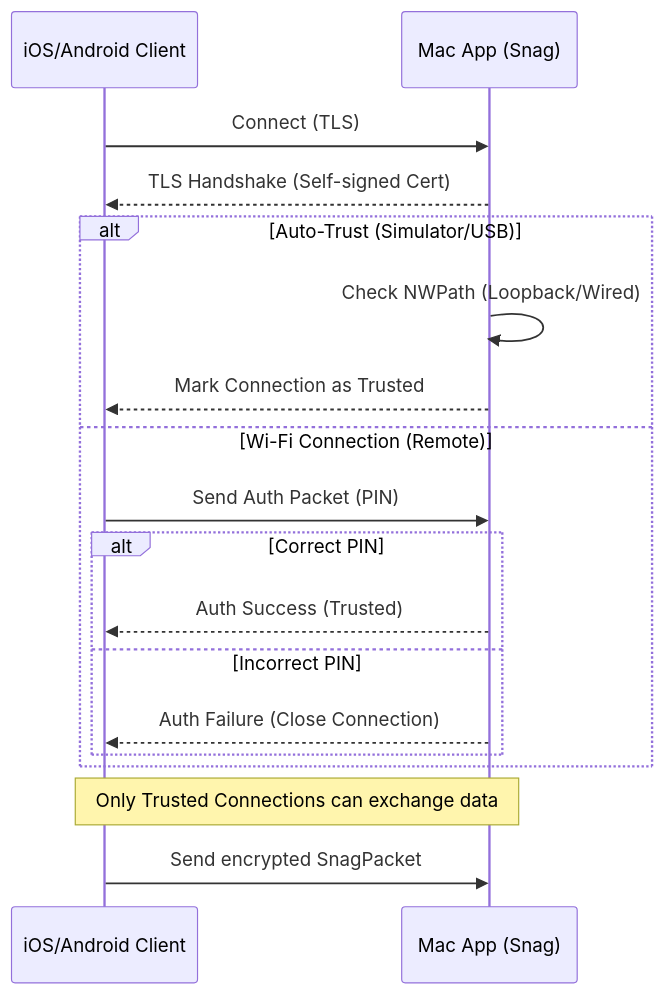
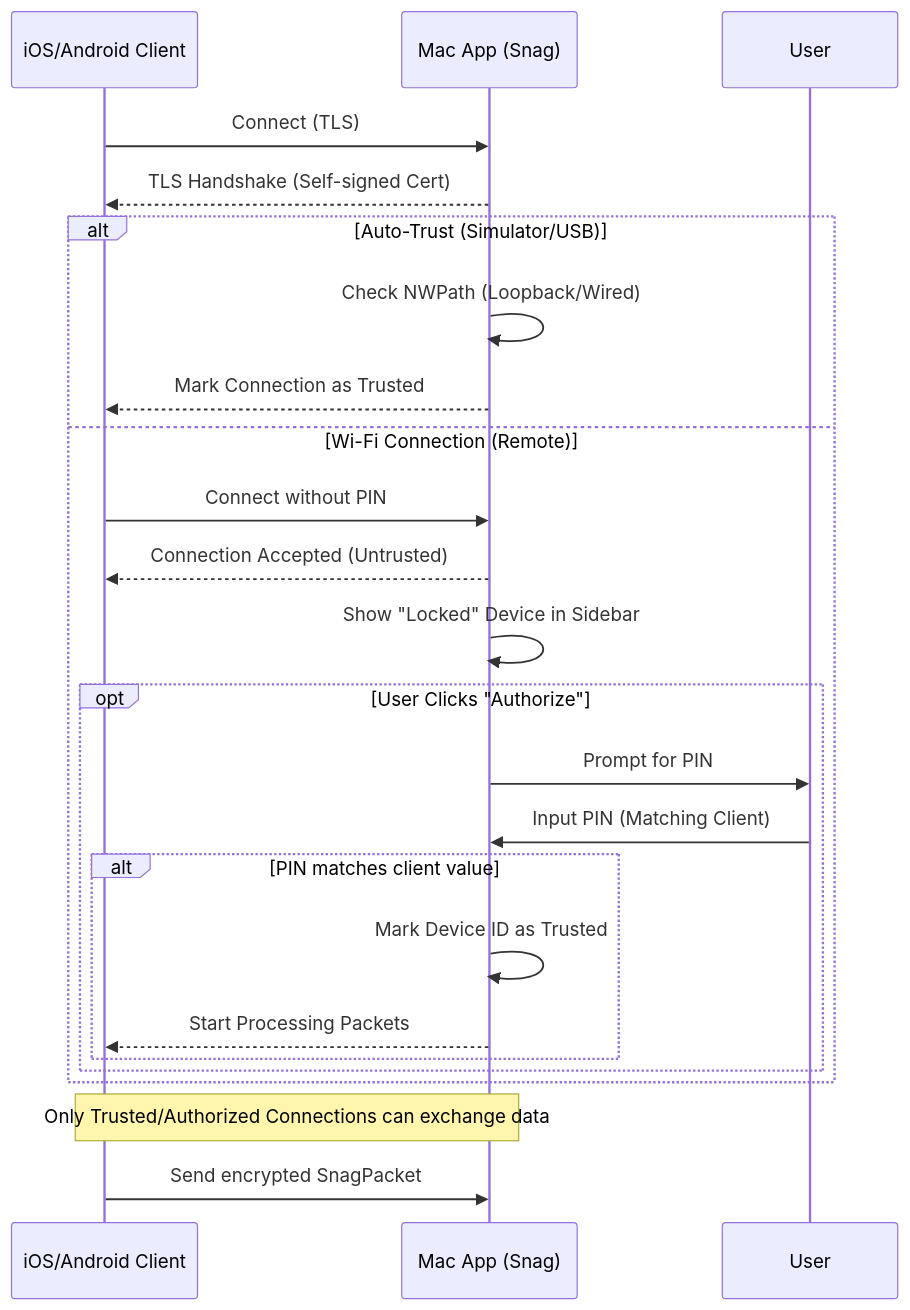
One commit to thanhcuong1990/Snag changed the diagram in README.md. Above: the diagram before and after it, drawn with Mermaid. The commit also changed other lines of this file and 3 other files, not shown here.

Commit message:
feat: implement interactive device authorization with user-entered PIN for Wi-Fi connections.

````diff
--- a/README.md
+++ b/README.md
@@ -38,23 +39,29 @@
 ```mermaid
 sequenceDiagram
     participant Client as iOS/Android Client
     participant Server as Mac App (Snag)
 
     Client->>Server: Connect (TLS)
     Server-->>Client: TLS Handshake (Self-signed Cert)
 
     alt Auto-Trust (Simulator/USB)
         Server->>Server: Check NWPath (Loopback/Wired)
         Server-->>Client: Mark Connection as Trusted
     else Wi-Fi Connection (Remote)
-        Client->>Server: Send Auth Packet (PIN)
-        alt Correct PIN
-            Server-->>Client: Auth Success (Trusted)
-        else Incorrect PIN
-            Server-->>Client: Auth Failure (Close Connection)
+        Client->>Server: Connect without PIN
+        Server-->>Client: Connection Accepted (Untrusted)
+        Server->>Server: Show "Locked" Device in Sidebar
+
+        opt User Clicks "Authorize"
+            Server->>User: Prompt for PIN
+            User->>Server: Input PIN (Matching Client)
+            alt PIN matches client value
+                Server->>Server: Mark Device ID as Trusted
+                Server-->>Client: Start Processing Packets
+            end
         end
     end
 
-    Note over Client,Server: Only Trusted Connections can exchange data
+    Note over Client,Server: Only Trusted/Authorized Connections can exchange data
     Client->>Server: Send encrypted SnagPacket
 ```
````
